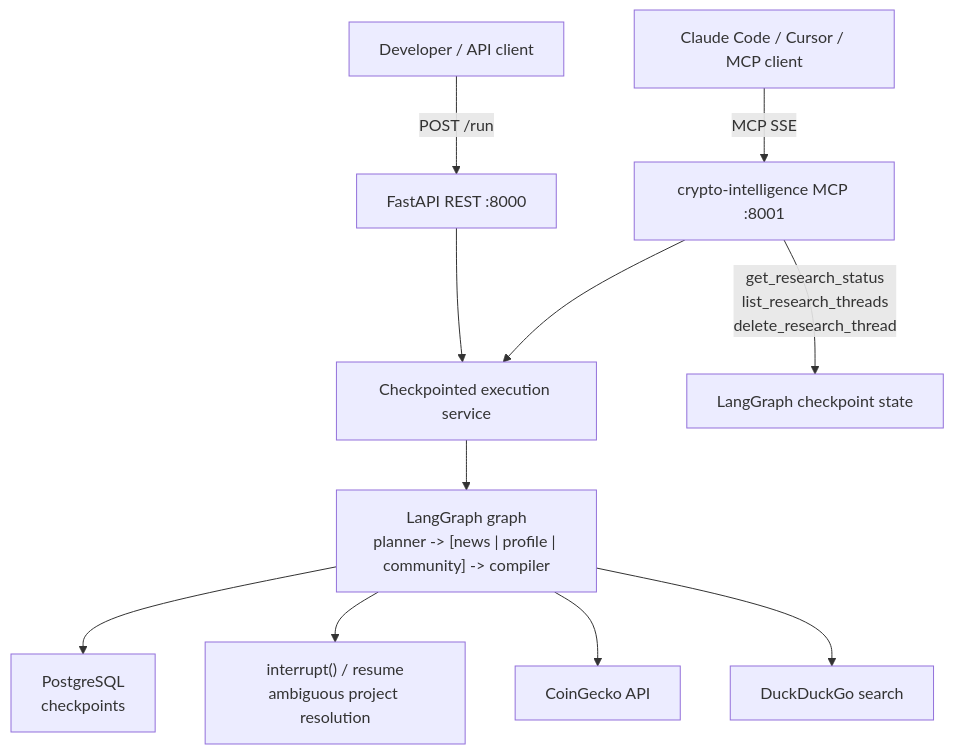
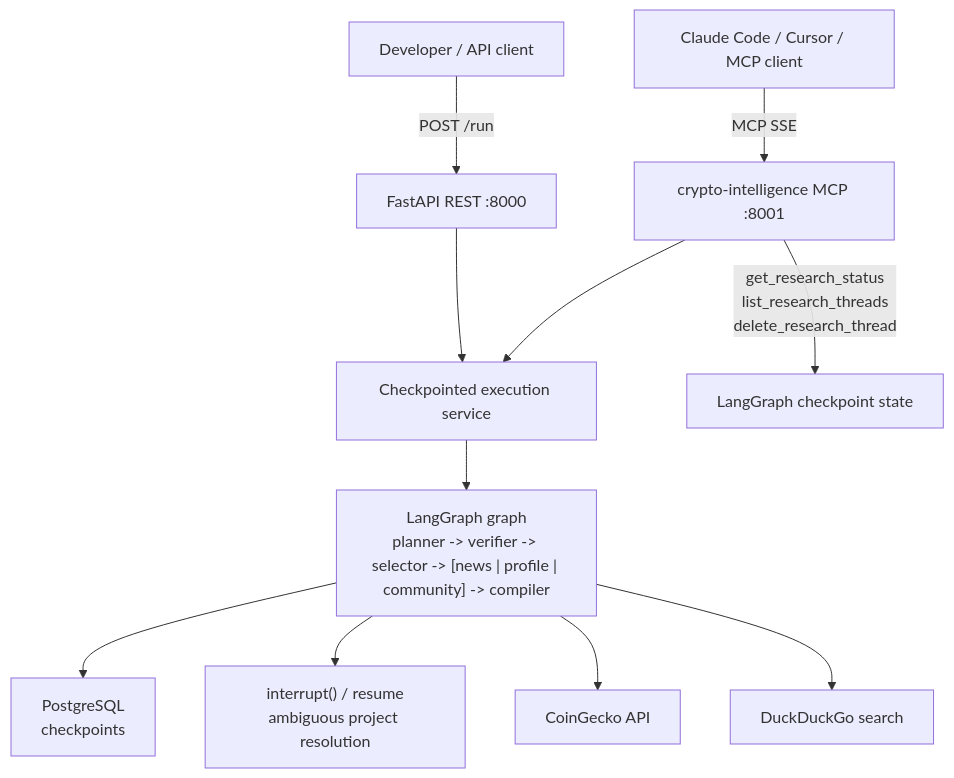
The diagram in examples/03-checkpoint-recovery/README.md (ksopyla/agent-patterns-lab), drawn with Mermaid before and after one commit. The commit also changed other lines of this file and 3 other files, not shown here.

First line of the commit message:
fix(03): correct README graph description, add CHANGELOG entry, fix docstring

````diff
--- a/examples/03-checkpoint-recovery/README.md
+++ b/examples/03-checkpoint-recovery/README.md
@@ -114,13 +114,13 @@
 ```mermaid
 graph TD
     User["Developer / API client"] -->|"POST /run"| RestApi["FastAPI REST :8000"]
     Claude["Claude Code / Cursor / MCP client"] -->|"MCP SSE"| Mcp["crypto-intelligence MCP :8001"]
     RestApi --> Service["Checkpointed execution service"]
     Mcp --> Service
     Mcp -->|"get_research_status\nlist_research_threads\ndelete_research_thread"| Checkpoint["LangGraph checkpoint state"]
-    Service --> Graph["LangGraph graph\nplanner -> [news | profile | community] -> compiler"]
+    Service --> Graph["LangGraph graph\nplanner -> verifier -> selector -> [news | profile | community] -> compiler"]
     Graph --> Postgres["PostgreSQL\ncheckpoints"]
     Graph --> Hitl["interrupt() / resume\nambiguous project resolution"]
     Graph --> CoinGecko["CoinGecko API"]
     Graph --> DuckDuckGo["DuckDuckGo search"]
 ```
````
